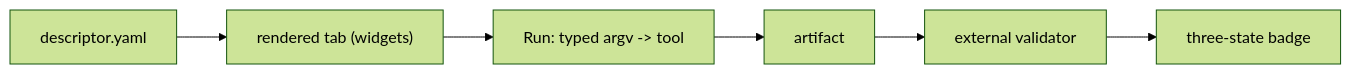
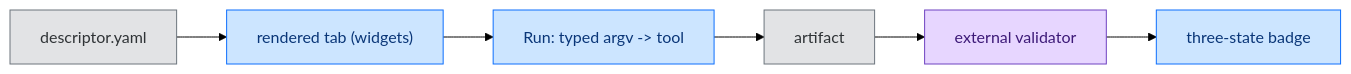
The diagram in docs/how-to/add-a-tool.md (paul007ex/breachsafe-ux), drawn with Mermaid (forest theme) before and after one commit. The commit also changed 10 other files, not shown here.

First line of the commit message:
docs: add semantic colour to the Mermaid diagrams (#156)

````diff
--- a/docs/how-to/add-a-tool.md
+++ b/docs/how-to/add-a-tool.md
@@ -21,8 +21,17 @@
 ```mermaid
 flowchart LR
     yaml["descriptor.yaml"] --> tab["rendered tab (widgets)"]
     tab --> run["Run: typed argv -> tool"]
     run --> artifact["artifact"]
     artifact --> validate["external validator"]
     validate --> badge["three-state badge"]
+    classDef valid       fill:#d4edda,stroke:#28a745,color:#155724;
+    classDef invalid     fill:#f8d7da,stroke:#dc3545,color:#721c24;
+    classDef unavailable fill:#fff3cd,stroke:#fd7e14,color:#7a4a00;
+    classDef process     fill:#cce5ff,stroke:#0d6efd,color:#0a3678;
+    classDef artifact    fill:#e2e3e5,stroke:#6c757d,color:#2f3336;
+    classDef external    fill:#e7d6ff,stroke:#6f42c1,color:#3d1a78;
+    class tab,run,badge process;
+    class yaml,artifact artifact;
+    class validate external;
 ```
````
